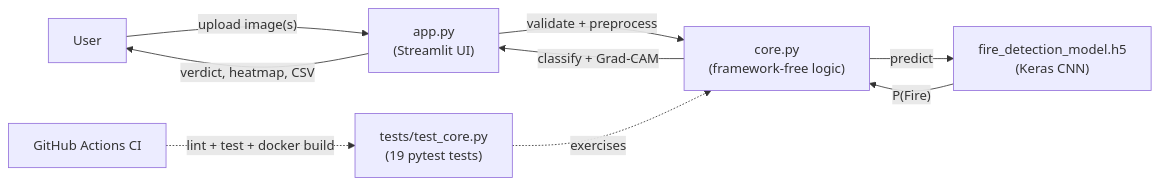
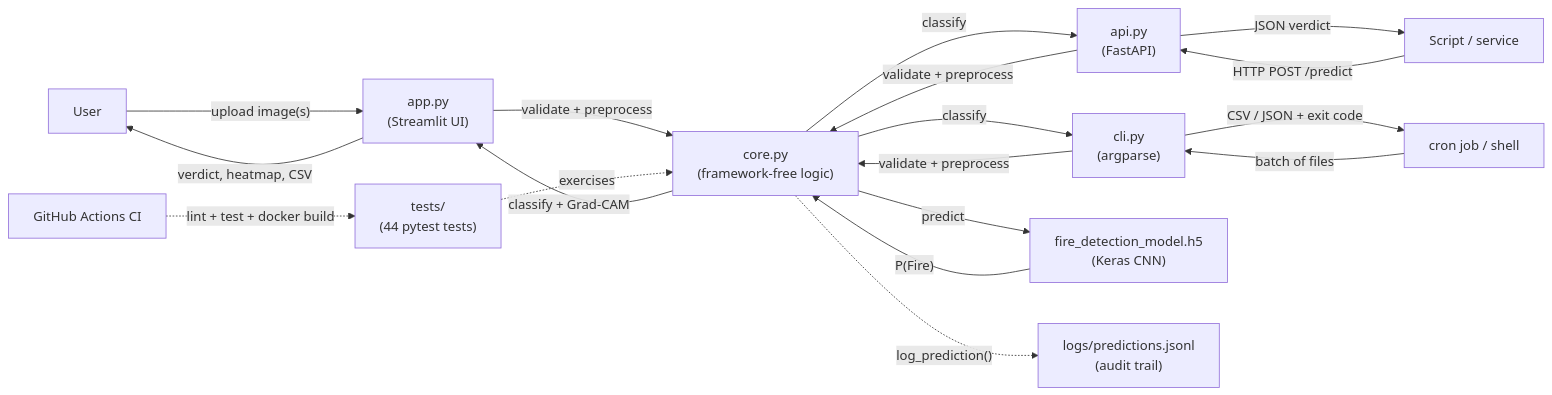
The diagram in README.md (bharat3645/fire_detection), drawn with Mermaid before and after one commit. The commit also changed other lines of this file and 11 other files, not shown here.

First line of the commit message:
Fix critical argmax bug on single-sigmoid output; add REST API + CLI

````diff
--- a/README.md
+++ b/README.md
@@ -49,12 +54,24 @@
 ```mermaid
 flowchart LR
     U["User"] -->|"upload image(s)"| APP["app.py\n(Streamlit UI)"]
+    S["Script / service"] -->|"HTTP POST /predict"| API["api.py\n(FastAPI)"]
+    CRON["cron job / shell"] -->|"batch of files"| CLI["cli.py\n(argparse)"]
+
     APP -->|"validate + preprocess"| CORE["core.py\n(framework-free logic)"]
+    API -->|"validate + preprocess"| CORE
+    CLI -->|"validate + preprocess"| CORE
+
     CORE -->|"predict"| MODEL["fire_detection_model.h5\n(Keras CNN)"]
     MODEL -->|"P(Fire)"| CORE
     CORE -->|"classify + Grad-CAM"| APP
+    CORE -->|"classify"| API
+    CORE -->|"classify"| CLI
+    CORE -.->|"log_prediction()"| LOG["logs/predictions.jsonl\n(audit trail)"]
+
     APP -->|"verdict, heatmap, CSV"| U
+    API -->|"JSON verdict"| S
+    CLI -->|"CSV / JSON + exit code"| CRON
 
-    TESTS["tests/test_core.py\n(19 pytest tests)"] -.->|"exercises"| CORE
+    TESTS["tests/\n(44 pytest tests)"] -.->|"exercises"| CORE
     CI["GitHub Actions CI"] -.->|"lint + test + docker build"| TESTS
 ```
````
